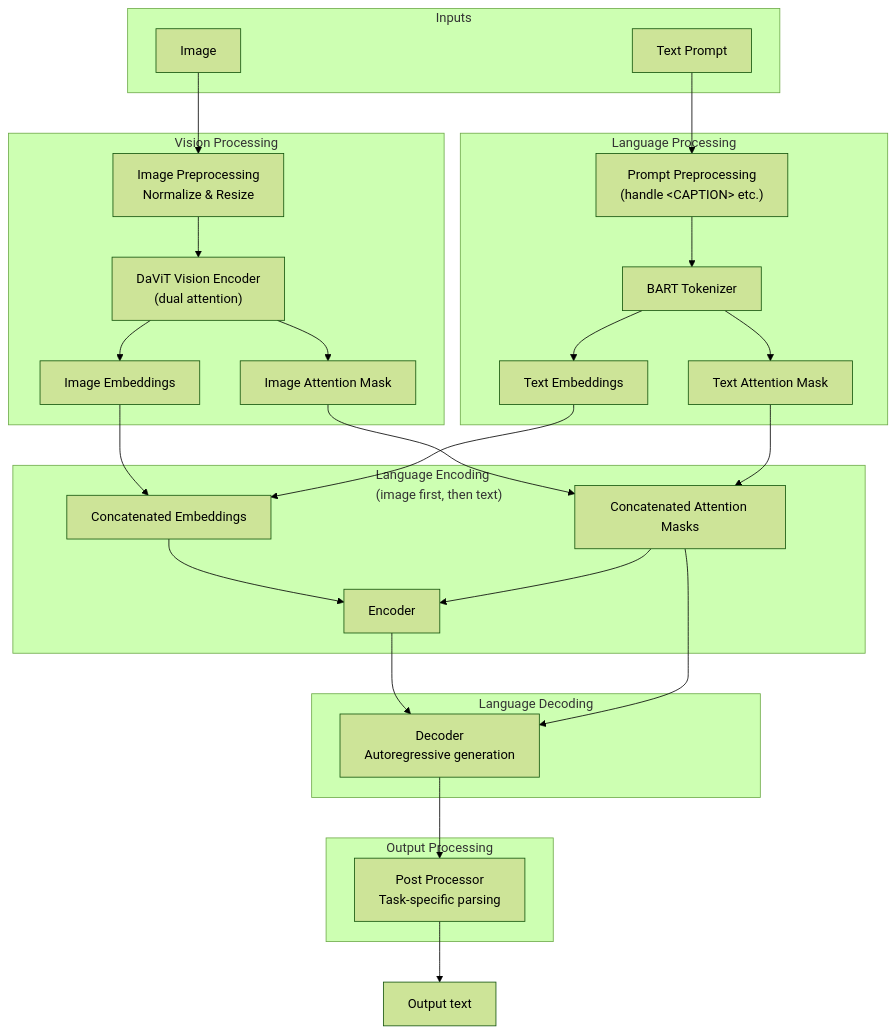
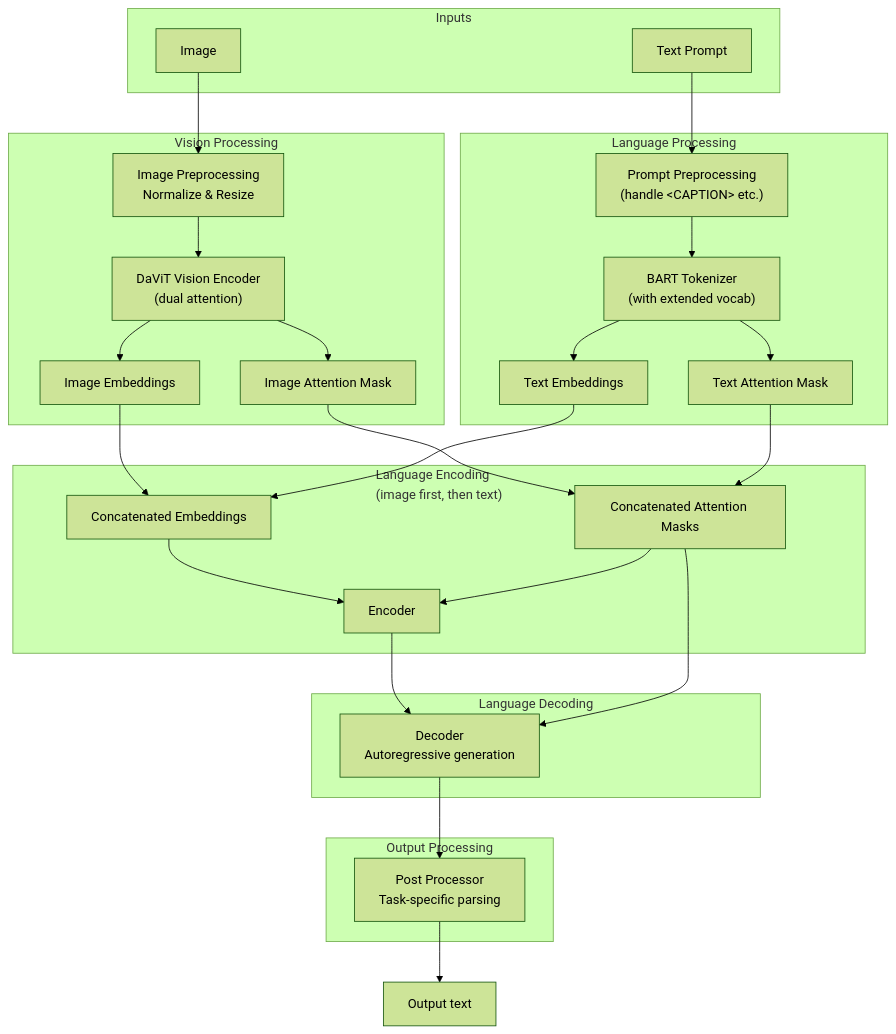
The diagram in research/docs/florence-2-diagram.md (dansav/florence-2-sharp), drawn with Mermaid (forest theme) before and after one commit.

Commit message:
Update Florence-2 diagram to indicate BART Tokenizer supports extended vocabulary

````diff
--- a/research/docs/florence-2-diagram.md
+++ b/research/docs/florence-2-diagram.md
@@ -3,54 +3,54 @@
 ```mermaid
 flowchart TB
     subgraph Inputs
         img["Image"]
         txt["Text Prompt"]
     end
 
     subgraph Vision Processing
         img_preproc["Image Preprocessing<br/>Normalize & Resize"]
         img_davit["DaViT Vision Encoder<br />(dual attention)"]
         img_proj["Image Embeddings"]
         img_mask["Image Attention Mask"]
     end
 
     subgraph Language Processing
         txt_preproc["Prompt Preprocessing<br/>(handle &lt;CAPTION&gt; etc.)"]
-        txt_tok["BART Tokenizer"]
+        txt_tok["BART Tokenizer<br/>(with extended vocab)"]
         txt_embed["Text Embeddings"]
         txt_mask["Text Attention Mask"]
     end
 
     subgraph "Language Encoding<br/>(image first, then text)"
         concat_feat["Concatenated Embeddings"]
         concat_mask["Concatenated Attention Masks"]
         lm_encoder["Encoder"]
     end
 
     subgraph Language Decoding
         lm_decoder["Decoder<br/>Autoregressive generation"]
     end
 
     subgraph Output Processing
         post["Post Processor<br/>Task-specific parsing"]
     end
 
     output["Output text"]
 
     img --> img_preproc
     img_preproc --> img_davit
     img_davit --> img_proj
     img_proj --> concat_feat
     img_davit --> img_mask --> concat_mask
 
     txt --> txt_preproc --> txt_tok
     txt_tok --> txt_embed --> concat_feat
     txt_tok --> txt_mask --> concat_mask
 
     concat_feat --> lm_encoder
     concat_mask --> lm_encoder
     
     lm_encoder --> lm_decoder
     concat_mask --> lm_decoder
     lm_decoder --> post --> output
 ```
````
